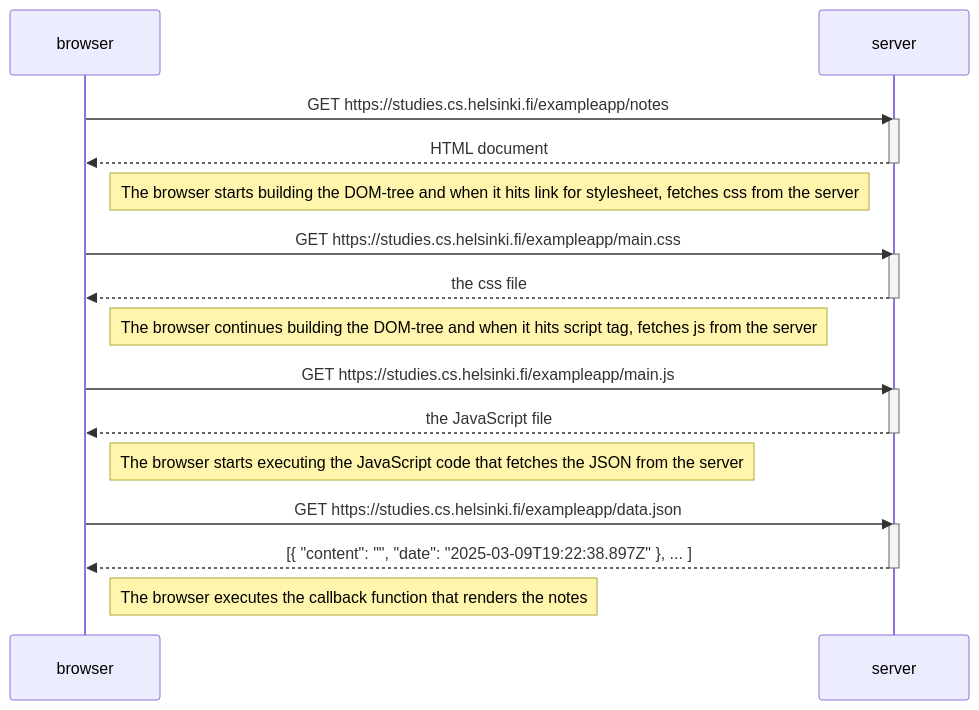
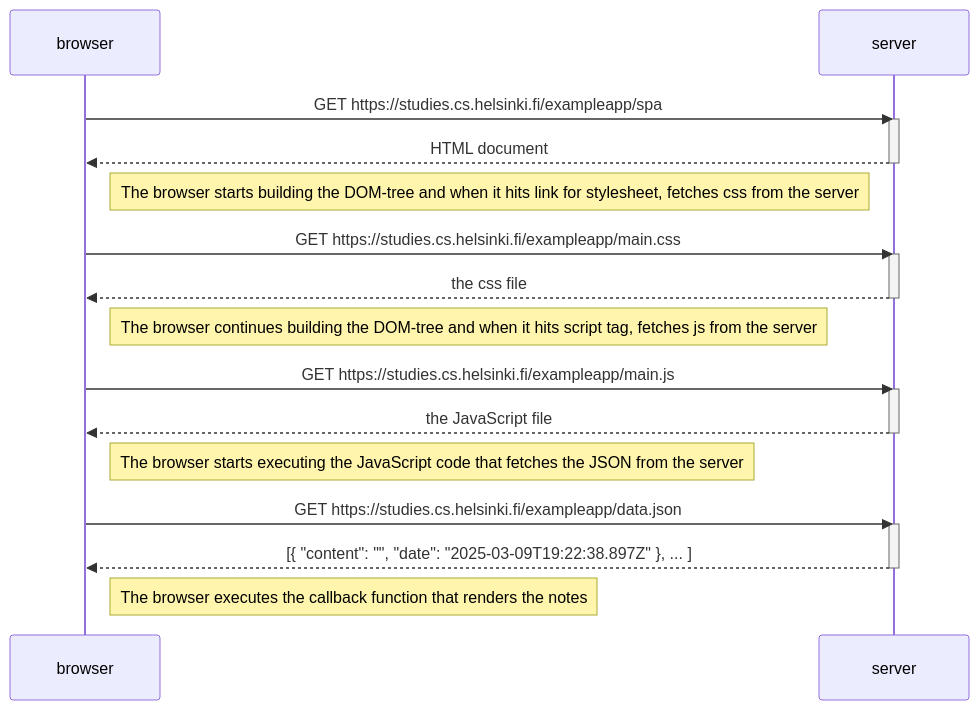
The diagram in Part0/0.5 SPA Diagram/SPADiagram.md (Gracmit/FullStackOpen), drawn with Mermaid before and after one commit. The commit also changed 1 other file, not shown here.

Commit message:
Exercise 0.6 and fixed a typo from 0.5

````diff
--- a/Part0/0.5 SPA Diagram/SPADiagram.md
+++ b/Part0/0.5 SPA Diagram/SPADiagram.md
@@ -1,34 +1,34 @@
 ```mermaid
 sequenceDiagram
 
     participant browser
     participant server
 
-    browser->>server: GET https://studies.cs.helsinki.fi/exampleapp/notes
+    browser->>server: GET https://studies.cs.helsinki.fi/exampleapp/spa
     activate server
     server-->>browser: HTML document
     deactivate server
 
      Note right of browser: The browser starts building the DOM-tree and when it hits link for stylesheet, fetches css from the server
 
     browser->>server: GET https://studies.cs.helsinki.fi/exampleapp/main.css
     activate server
     server-->>browser: the css file
     deactivate server
 
     Note right of browser: The browser continues building the DOM-tree and when it hits script tag, fetches js from the server
 
     browser->>server: GET https://studies.cs.helsinki.fi/exampleapp/main.js
     activate server
     server-->>browser: the JavaScript file
     deactivate server
 
     Note right of browser: The browser starts executing the JavaScript code that fetches the JSON from the server
 
     browser->>server: GET https://studies.cs.helsinki.fi/exampleapp/data.json
     activate server
     server-->>browser: [{ "content": "", "date": "2025-03-09T19:22:38.897Z" }, ... ]
     deactivate server
 
     Note right of browser: The browser executes the callback function that renders the notes
 ```
````
